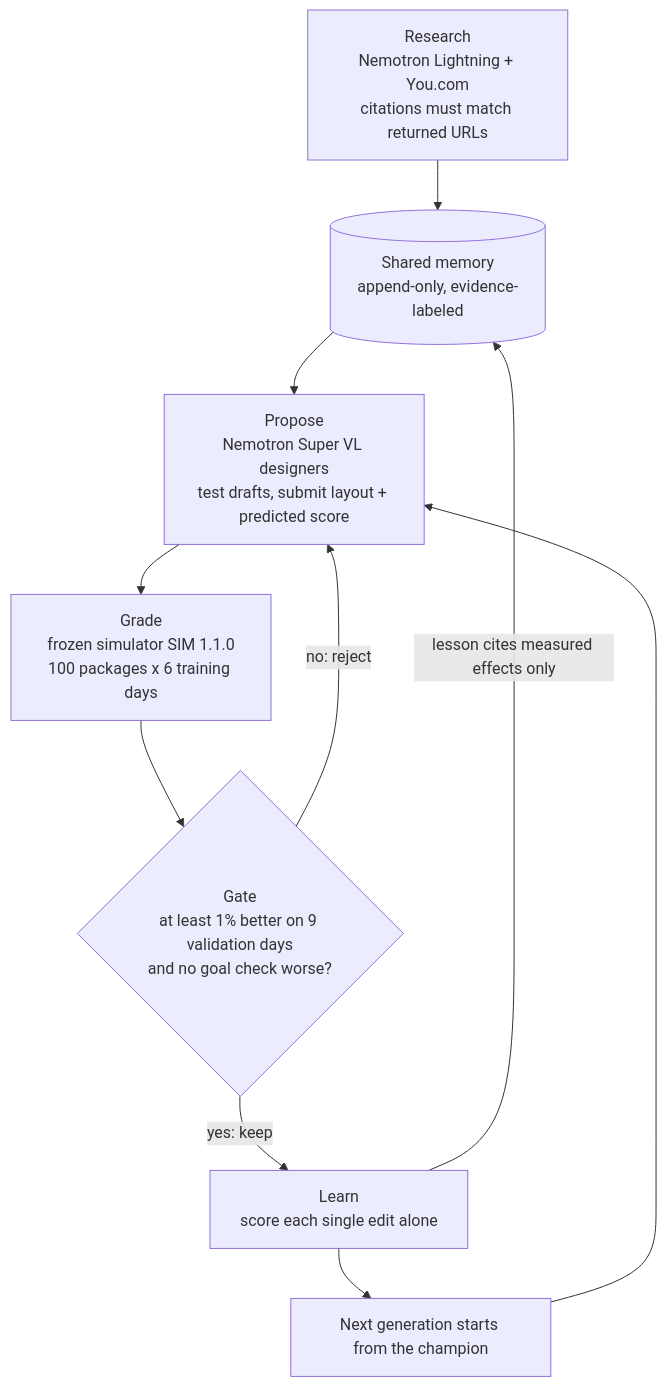
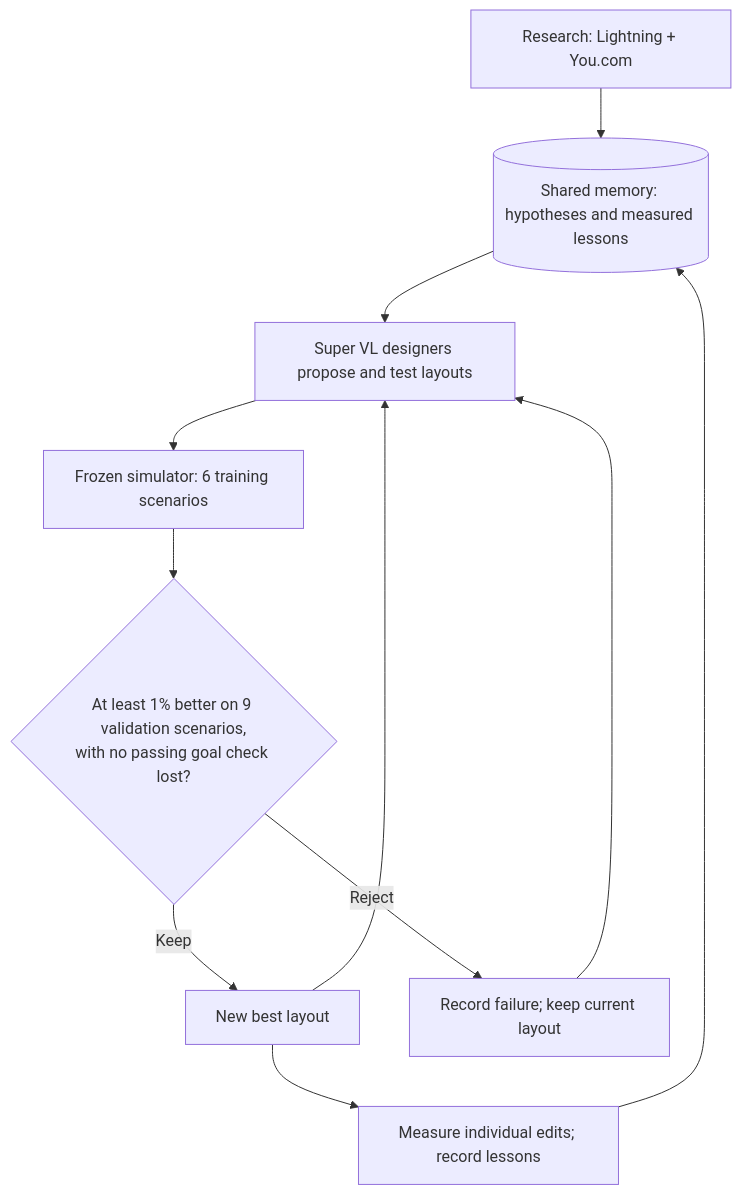
The diagram in README.md (benikigai/factory-n1), drawn with Mermaid before and after one commit. The commit also changed other lines of this file, not shown here.

Commit message:
Condense the README around visual proof and measured results

````diff
--- a/README.md
+++ b/README.md
@@ -33,12 +29,13 @@
 ```mermaid
 flowchart TD
-    R["Research<br/>Nemotron Lightning + You.com<br/>citations must match returned URLs"] --> M[("Shared memory<br/>append-only, evidence-labeled")]
-    M --> P["Propose<br/>Nemotron Super VL designers<br/>test drafts, submit layout + predicted score"]
-    P --> G["Grade<br/>frozen simulator SIM 1.1.0<br/>100 packages x 6 training days"]
-    G --> K{"Gate<br/>at least 1% better on 9 validation days<br/>and no goal check worse?"}
-    K -- "yes: keep" --> L["Learn<br/>score each single edit alone"]
-    K -- "no: reject" --> P
-    L -- "lesson cites measured effects only" --> M
-    L --> N["Next generation starts from the champion"]
-    N --> P
+    R["Research: Lightning + You.com"] --> M[("Shared memory: hypotheses and measured lessons")]
+    M --> P["Super VL designers propose and test layouts"]
+    P --> S["Frozen simulator: 6 training scenarios"]
+    S --> G{"At least 1% better on 9 validation scenarios,<br/>with no passing goal check lost?"}
+    G -->|Keep| C["New best layout"]
+    G -->|Reject| F["Record failure; keep current layout"]
+    C --> E["Measure individual edits; record lessons"]
+    E --> M
+    F --> P
+    C --> P
 ```
````
